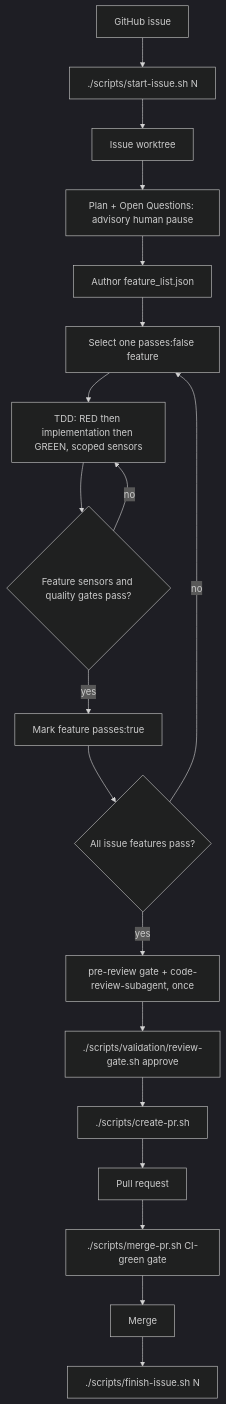
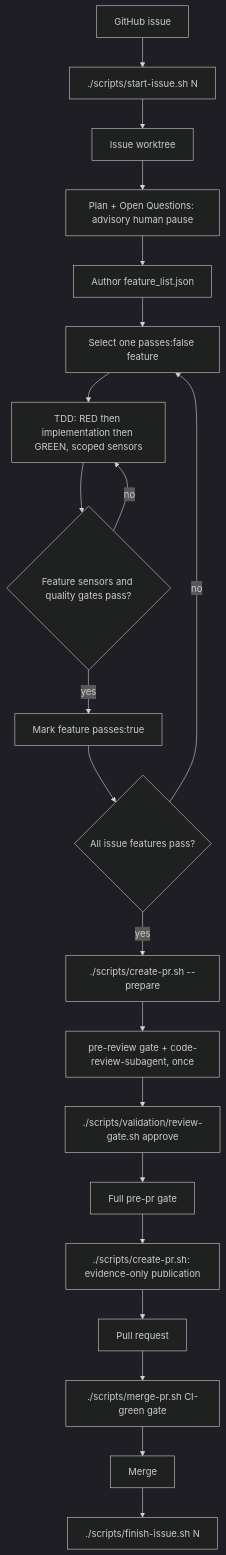
Before and after one commit to weijen/agent-delivery-harness: the diagram in docs/HARNESS.md, drawn with Mermaid (dark theme). The commit also changed other lines of this file and 16 other files, not shown here.

````diff
--- a/docs/HARNESS.md
+++ b/docs/HARNESS.md
@@ -97,21 +97,23 @@
 ```mermaid
 flowchart TD
   A[GitHub issue] --> B[./scripts/start-issue.sh N]
   B --> C[Issue worktree]
   C --> HG[Plan + Open Questions: advisory human pause]
   HG --> D[Author feature_list.json]
   D --> E[Select one passes:false feature]
   E --> F[TDD: RED then implementation then GREEN, scoped sensors]
   F --> H{Feature sensors and quality gates pass?}
   H -- no --> F
   H -- yes --> I[Mark feature passes:true]
   I --> J{All issue features pass?}
   J -- no --> E
-  J -- yes --> K[pre-review gate + code-review-subagent, once]
+  J -- yes --> S[./scripts/create-pr.sh --prepare]
+  S --> K[pre-review gate + code-review-subagent, once]
   K --> L[./scripts/validation/review-gate.sh approve]
-  L --> M[./scripts/create-pr.sh]
+  L --> V[Full pre-pr gate]
+  V --> M[./scripts/create-pr.sh: evidence-only publication]
   M --> N[Pull request]
   N --> Q[./scripts/merge-pr.sh CI-green gate]
   Q --> O[Merge]
   O --> P[./scripts/finish-issue.sh N]
 ```
````
